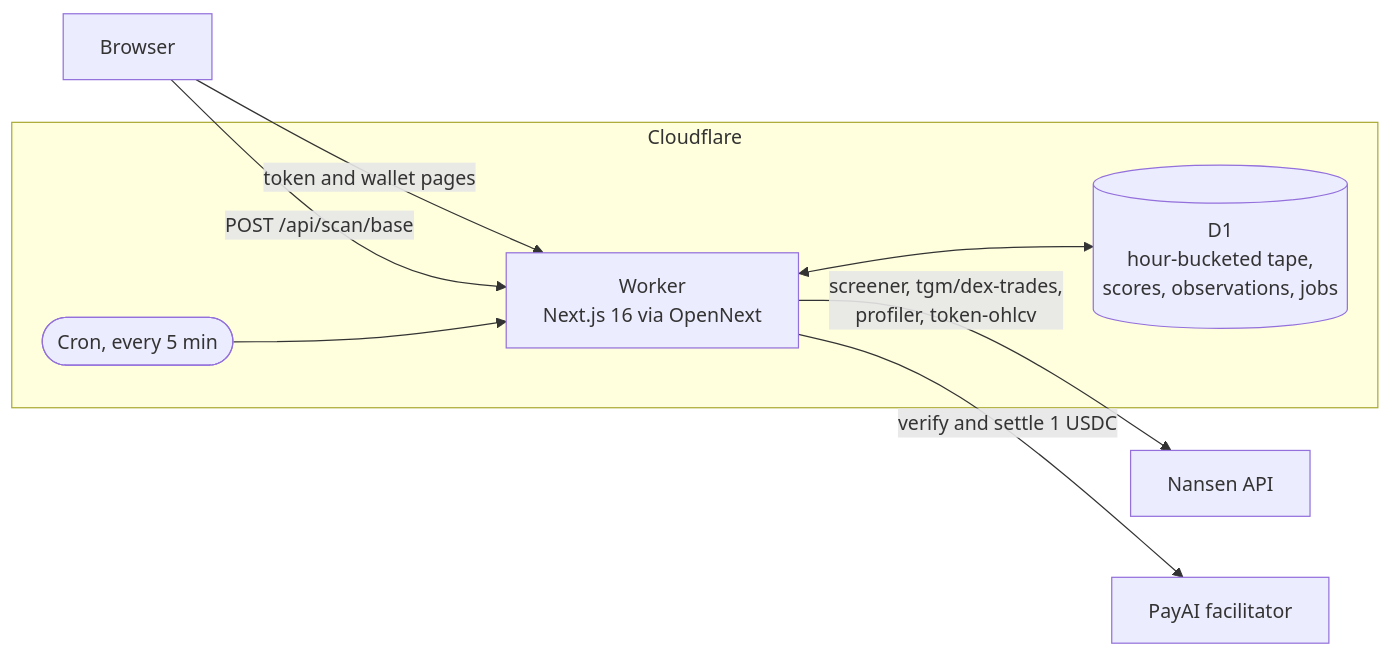
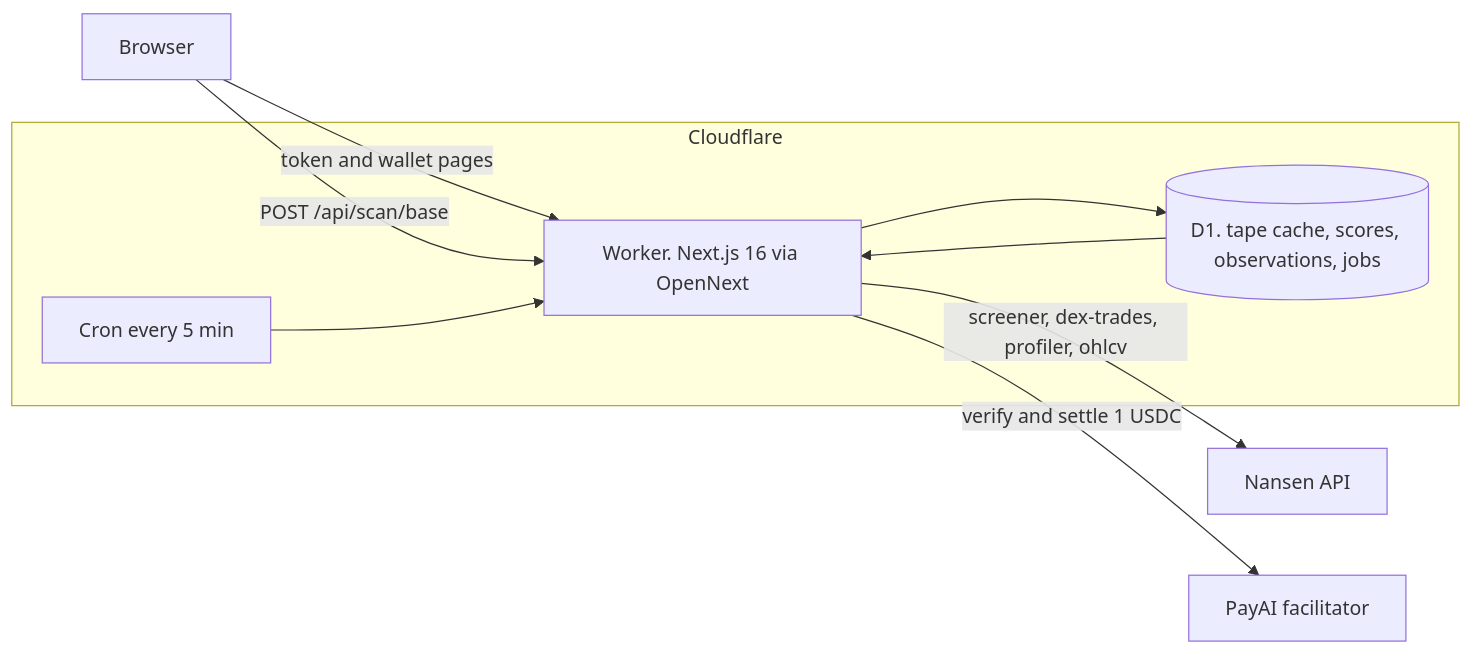
One commit to sneg55/zatto changed the first of 2 diagrams in README.md. Above: the diagram before and after it, drawn with Mermaid. The commit also changed other lines of this file, not shown here.

Commit message:
Rewrite the diagrams in syntax GitHub renders

````diff
--- a/README.md
+++ b/README.md
@@ -54,17 +54,18 @@
 ```mermaid
 flowchart LR
-  U["Browser"]
-  subgraph cf["Cloudflare"]
-    W["Worker<br/>Next.js 16 via OpenNext"]
-    D[("D1<br/>hour-bucketed tape,<br/>scores, observations, jobs")]
-    C(["Cron, every 5 min"])
+  U[Browser]
+  subgraph cf[Cloudflare]
+    W[Worker. Next.js 16 via OpenNext]
+    D[(D1. tape cache, scores, observations, jobs)]
+    C[Cron every 5 min]
   end
-  N["Nansen API"]
-  F["PayAI facilitator"]
-  U -->|"token and wallet pages"| W
-  U -->|"POST /api/scan/base"| W
+  N[Nansen API]
+  F[PayAI facilitator]
+  U -->|token and wallet pages| W
+  U -->|POST /api/scan/base| W
   C --> W
-  W <--> D
-  W -->|"screener, tgm/dex-trades,<br/>profiler, token-ohlcv"| N
-  W -->|"verify and settle 1 USDC"| F
+  W --> D
+  D --> W
+  W -->|screener, dex-trades, profiler, ohlcv| N
+  W -->|verify and settle 1 USDC| F
 ```
````
